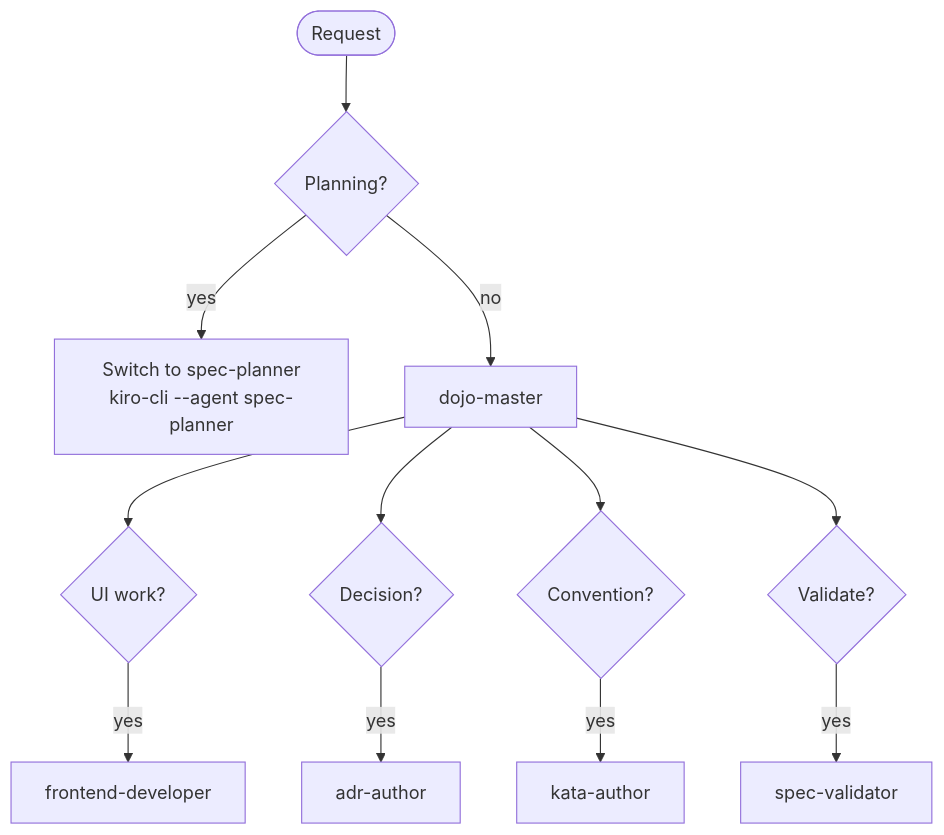
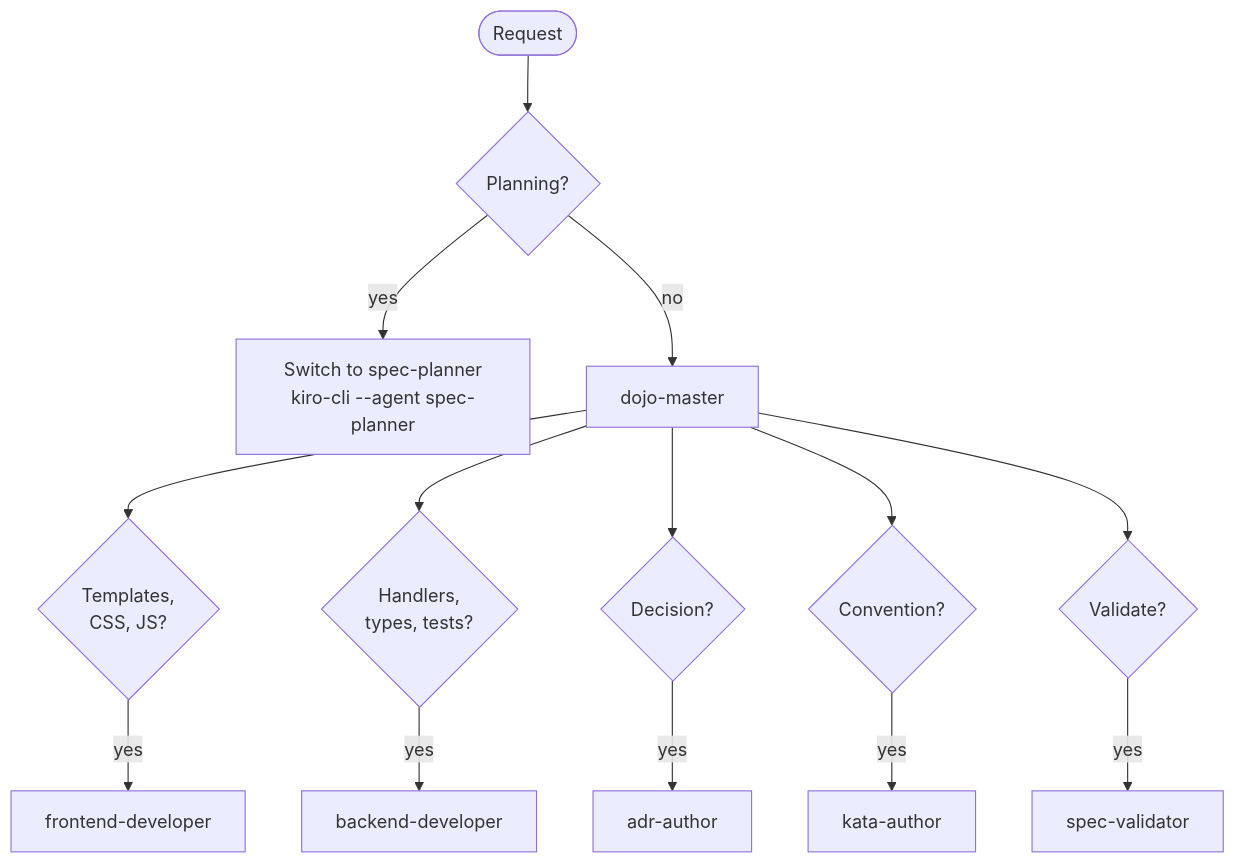
The fourth of 4 diagrams in docs/agent-workflow.md (tovrleaf/openkata), drawn with Mermaid before and after one commit. The commit also changed other lines of this file, not shown here.

Commit message:
docs: add parallel implementation and backend agent to workflow

````diff
--- a/docs/agent-workflow.md
+++ b/docs/agent-workflow.md
@@ -27,14 +49,16 @@
 ```mermaid
 flowchart TD
     Request([Request]) --> IsPlanning{Planning?}
     IsPlanning -->|yes| Direct["Switch to spec-planner<br/>kiro-cli --agent spec-planner"]
     IsPlanning -->|no| DM[dojo-master]
-    DM --> IsUI{UI work?}
+    DM --> IsUI{Templates,<br/>CSS, JS?}
+    DM --> IsGo{Handlers,<br/>types, tests?}
     DM --> IsDecision{Decision?}
     DM --> IsConvention{Convention?}
     DM --> IsValidation{Validate?}
     IsUI -->|yes| FD[frontend-developer]
+    IsGo -->|yes| BD[backend-developer]
     IsDecision -->|yes| ADR[adr-author]
     IsConvention -->|yes| KA[kata-author]
     IsValidation -->|yes| SV[spec-validator]
 ```
````
